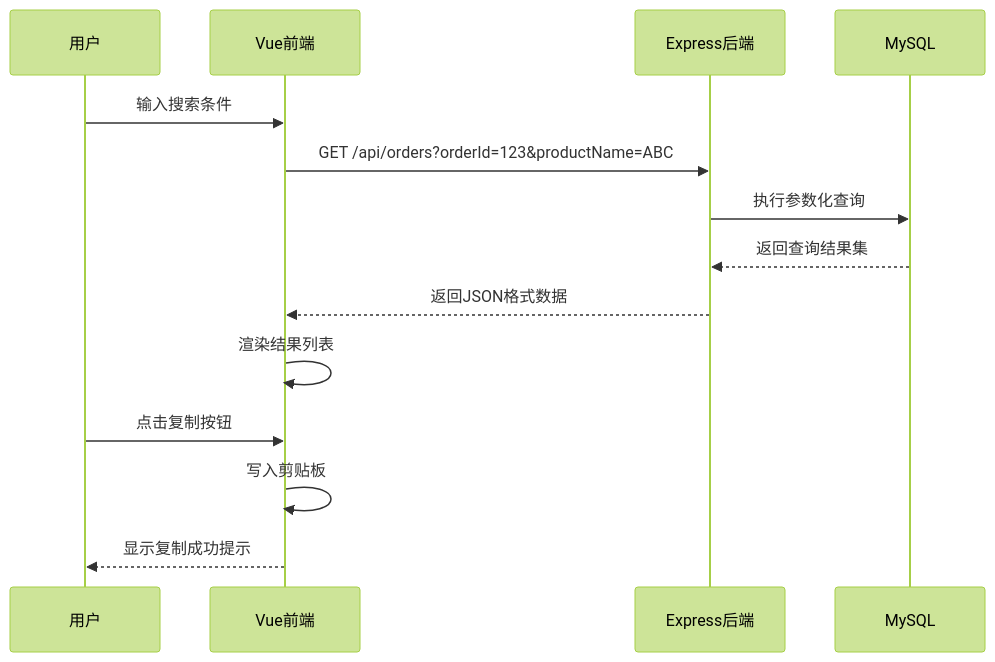
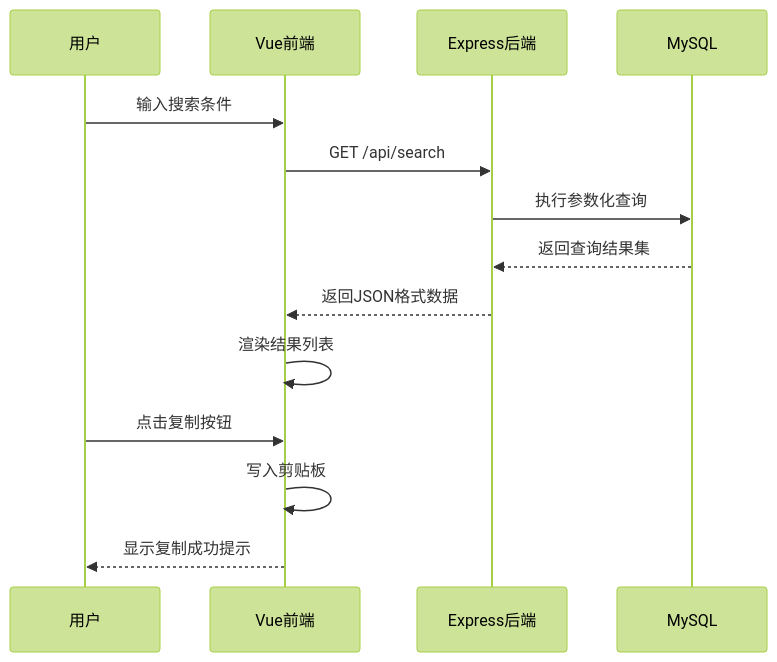
Before and after one commit to 1215587043/iodraw-files: the diagram in all/未命名-2.md, drawn with Mermaid (forest theme).

Commit message:
2025-04-11 21:48:17 update

````diff
--- a/all/未命名-2.md
+++ b/all/未命名-2.md
@@ -1,17 +1,17 @@
 ```mermaid
 sequenceDiagram
     participant 用户 as 用户
     participant 前端 as Vue前端
     participant 后端 as Express后端
     participant 数据库 as MySQL
 
     用户->>前端: 输入搜索条件
-    前端->>后端: GET /api/orders?orderId=123&productName=ABC
+    前端->>后端: GET /api/search
     后端->>数据库: 执行参数化查询
     数据库-->>后端: 返回查询结果集
     后端-->>前端: 返回JSON格式数据
     前端->>前端: 渲染结果列表
     用户->>前端: 点击复制按钮
     前端->>前端: 写入剪贴板
     前端-->>用户: 显示复制成功提示 
 ```
````
